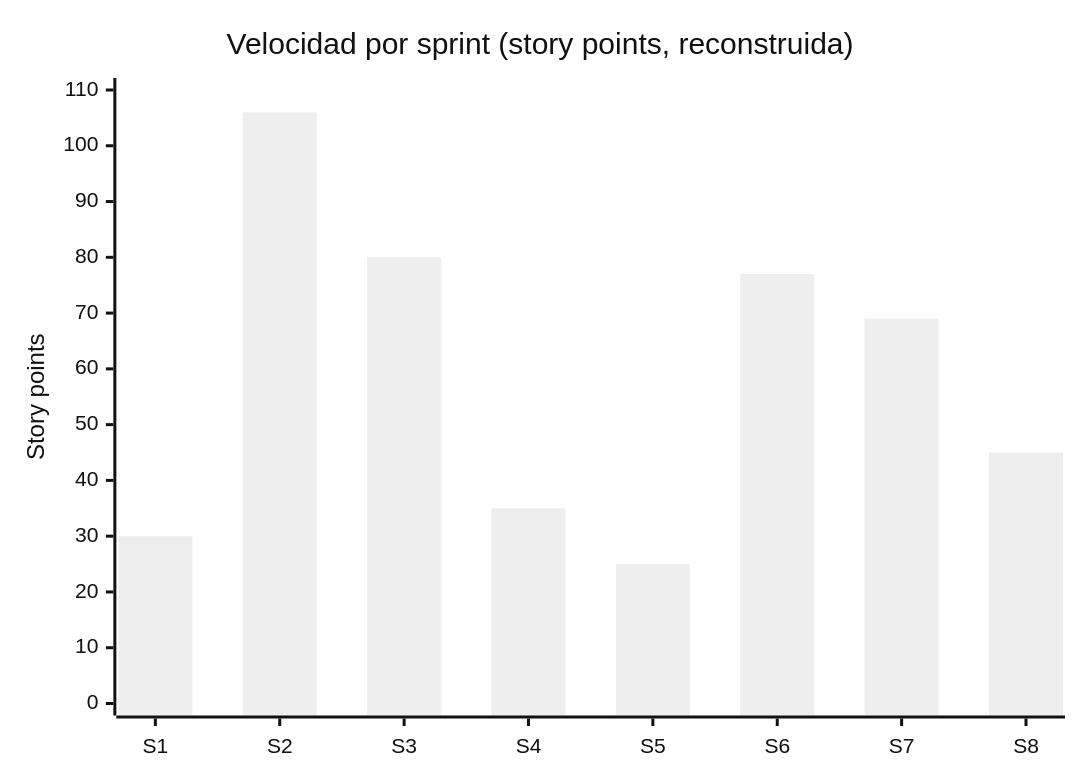
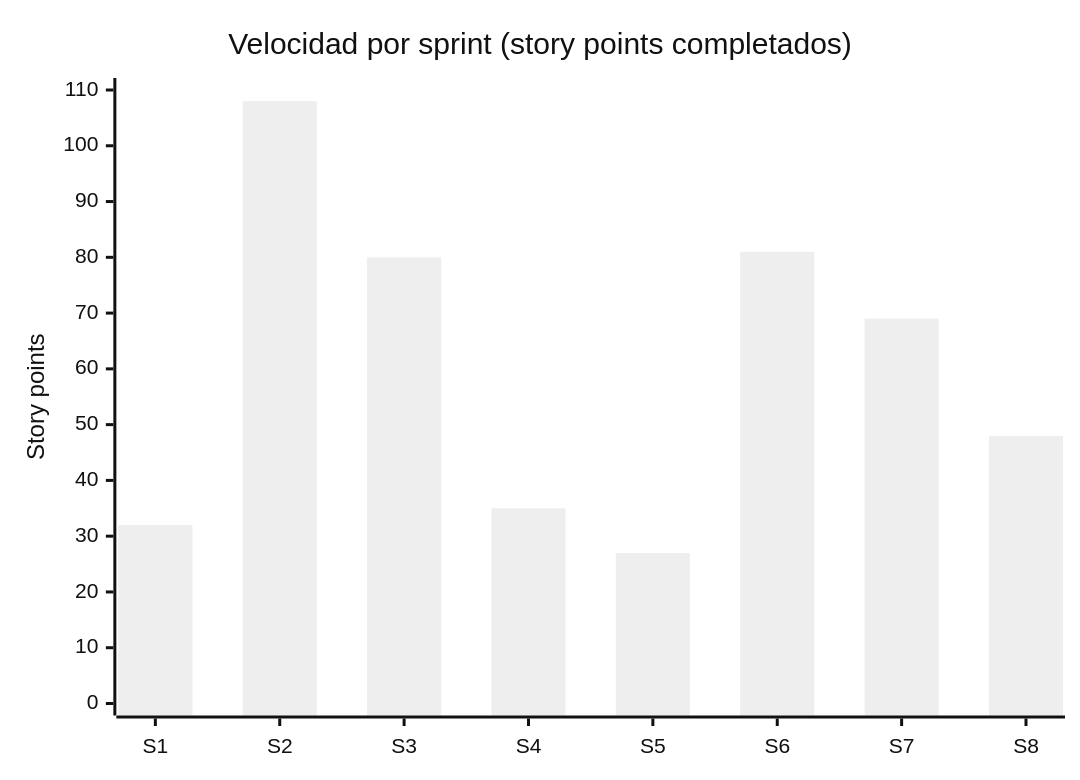
Before and after one commit to mfaciolo13/iicana-smart-learning: the second of 2 diagrams in docs/metricas-sprints.md, drawn with Mermaid (neutral theme). The commit also changed other lines of this file and 1 other file, not shown here.

````diff
--- a/docs/metricas-sprints.md
+++ b/docs/metricas-sprints.md
@@ -141,7 +145,7 @@
 ```mermaid
 xychart-beta
-    title "Velocidad por sprint (story points, reconstruida)"
+    title "Velocidad por sprint (story points completados)"
     x-axis ["S1", "S2", "S3", "S4", "S5", "S6", "S7", "S8"]
     y-axis "Story points" 0 --> 110
-    bar [30, 106, 80, 35, 25, 77, 69, 45]
+    bar [32, 108, 80, 35, 27, 81, 69, 48]
 ```
````
